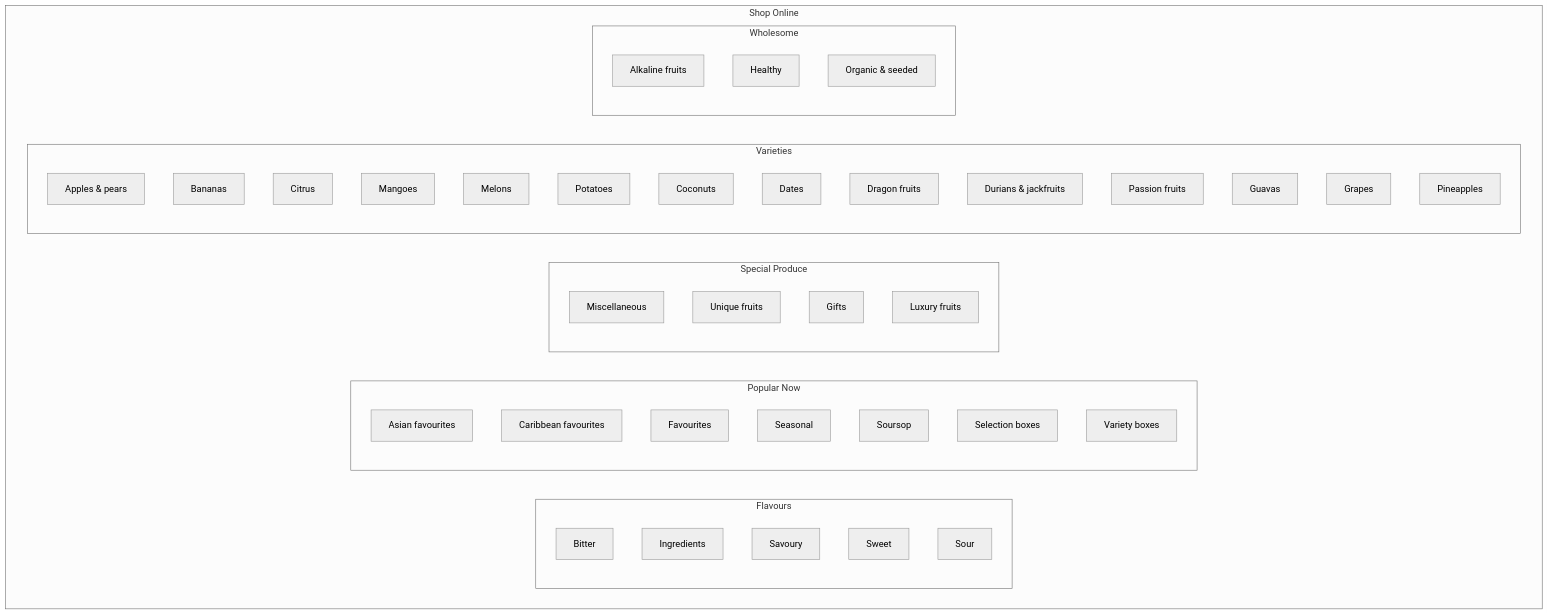
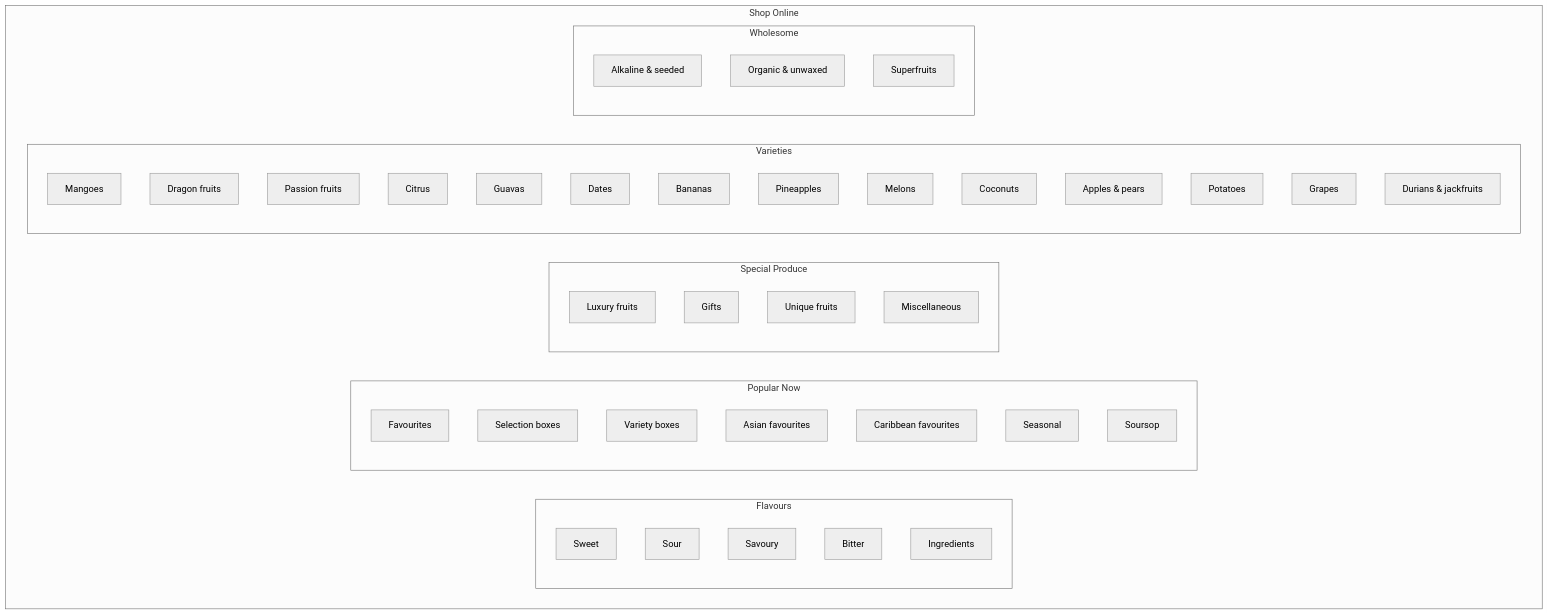
Before and after one commit to My-Exotic-Fruit-Work/My-Exotic-Fruit: the diagram in README.md, drawn with Mermaid (neutral theme). The commit also changed 2 other files, not shown here.

Commit message:
docs: rearranged categories docs: marked off and re-sorted todos fix: removed category slider which wont work with new category format

````diff
--- a/README.md
+++ b/README.md
@@ -8,60 +8,62 @@
 ```mermaid
 flowchart TB
 
     subgraph Shop["Shop Online"]
         direction LR
 
         subgraph Flavours
             direction TB
+            Sweet
+            Sour
+            Savoury
             Bitter
             Ingredients
-            Savoury
-            Sweet
-            Sour
         end
 
         subgraph Popular["Popular Now"]
             direction TB
+            Favourites
+            SelectionBoxes["Selection boxes"]
+            VarietyBoxes["Variety boxes"]
             Asian["Asian favourites"]
             Caribbean["Caribbean favourites"]
-            Favourites
             Seasonal
             Soursop
-            SelectionBoxes["Selection boxes"]
-            VarietyBoxes["Variety boxes"]
         end
 
         subgraph Special["Special Produce"]
             direction TB
+            Luxury["Luxury fruits"]
+            Gifts
+            Unique["Unique fruits"]
             Miscellaneous
-            UniqueFruits["Unique fruits"]
-            Gifts
-            Luxury["Luxury fruits"]
         end
 
         subgraph Varieties
             direction TB
-            Apples["Apples & pears"]
+            Mangoes
+            DragonFruits["Dragon fruits"]
+            Passion-Fruits["Passion fruits"]
+            Citrus
+            Guavas
+            Dates
             Bananas
-            Citrus
-            Mangoes
+            Pineapples
             Melons
+            Coconuts
+            Apples-pears["Apples & pears"]
             Potatoes
-            Coconuts
-            Dates
-            DragonFruits["Dragon fruits"]
+            Grapes
             Durians["Durians & jackfruits"]
-            Passion["Passion fruits"]
-            Guavas
-            Grapes
-            Pineapples
+            Soursop
         end
 
         subgraph Wholesome
             direction TB
-            Alkaline["Alkaline fruits"]
-            Healthy
-            Organic["Organic & seeded"]
+            Alkaline["Alkaline & seeded"]
+            Organic["Organic & unwaxed"]
+            Superfruits
+            Soursop
         end
     end
 ```
````
